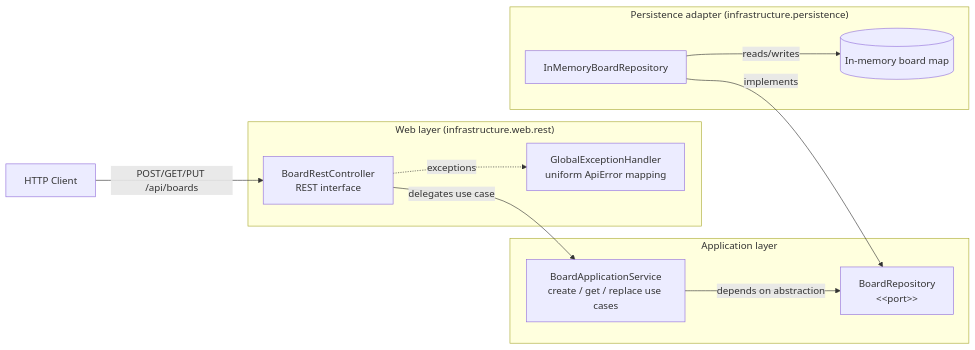
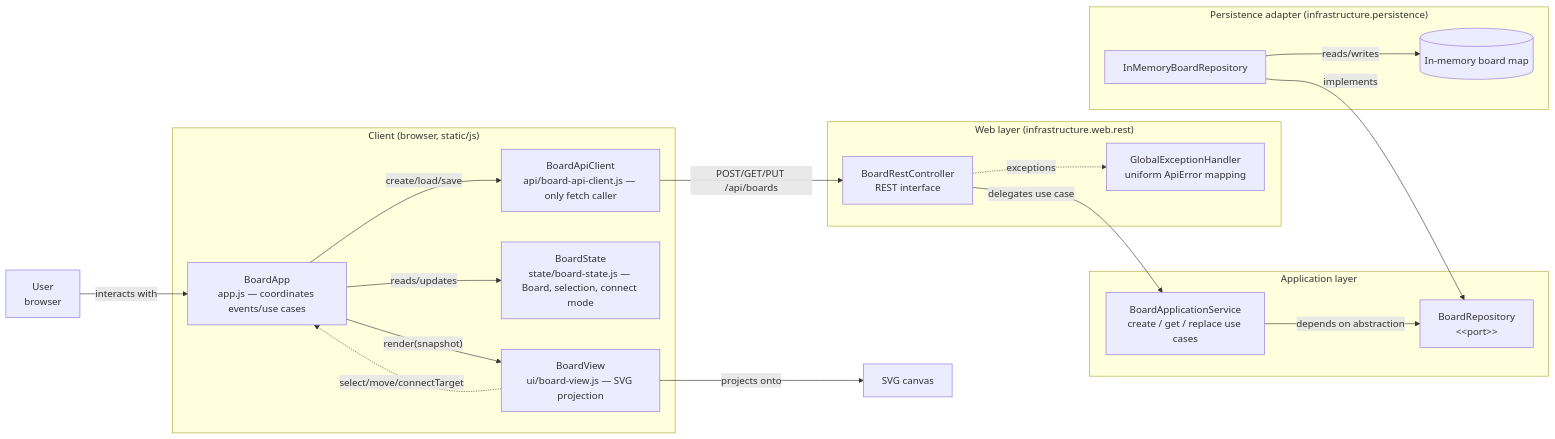
The diagram in docs/architecture/application-view.mmd (jhonatanpenamora-png/Lab-04-ARSW), drawn with Mermaid before and after one commit. The commit also changed 5 other files, not shown here.

Commit message:
docs(architecture): update Lab 5 contracts and views

```diff
--- a/docs/architecture/application-view.mmd
+++ b/docs/architecture/application-view.mmd
@@ -1,24 +1,37 @@
 flowchart LR
-    Client["HTTP Client"]
+    User["User<br/>browser"]
+
+    subgraph Browser["Client (browser, static/js)"]
+        App["BoardApp<br/>app.js — coordinates events/use cases"]
+        ApiClient["BoardApiClient<br/>api/board-api-client.js — only fetch caller"]
+        State["BoardState<br/>state/board-state.js — Board, selection, connect mode"]
+        View["BoardView<br/>ui/board-view.js — SVG projection"]
+    end
 
     subgraph Web["Web layer (infrastructure.web.rest)"]
         Controller["BoardRestController<br/>REST interface"]
         ErrorHandler["GlobalExceptionHandler<br/>uniform ApiError mapping"]
     end
 
-    subgraph App["Application layer"]
+    subgraph App2["Application layer"]
         Service["BoardApplicationService<br/>create / get / replace use cases"]
         Port["BoardRepository<br/>&lt;&lt;port&gt;&gt;"]
     end
 
     subgraph Infra["Persistence adapter (infrastructure.persistence)"]
         Adapter["InMemoryBoardRepository"]
         Store[("In-memory board map")]
     end
 
-    Client -->|"POST/GET/PUT /api/boards"| Controller
+    User -->|"interacts with"| App
+    App -->|"reads/updates"| State
+    App -->|"render(snapshot)"| View
+    View -.->|"select/move/connectTarget"| App
+    View -->|"projects onto"| DOM["SVG canvas"]
+    App -->|"create/load/save"| ApiClient
+    ApiClient -->|"POST/GET/PUT /api/boards"| Controller
     Controller -->|"delegates use case"| Service
     Controller -.->|"exceptions"| ErrorHandler
     Service -->|"depends on abstraction"| Port
     Adapter -->|"implements"| Port
     Adapter -->|"reads/writes"| Store
```
